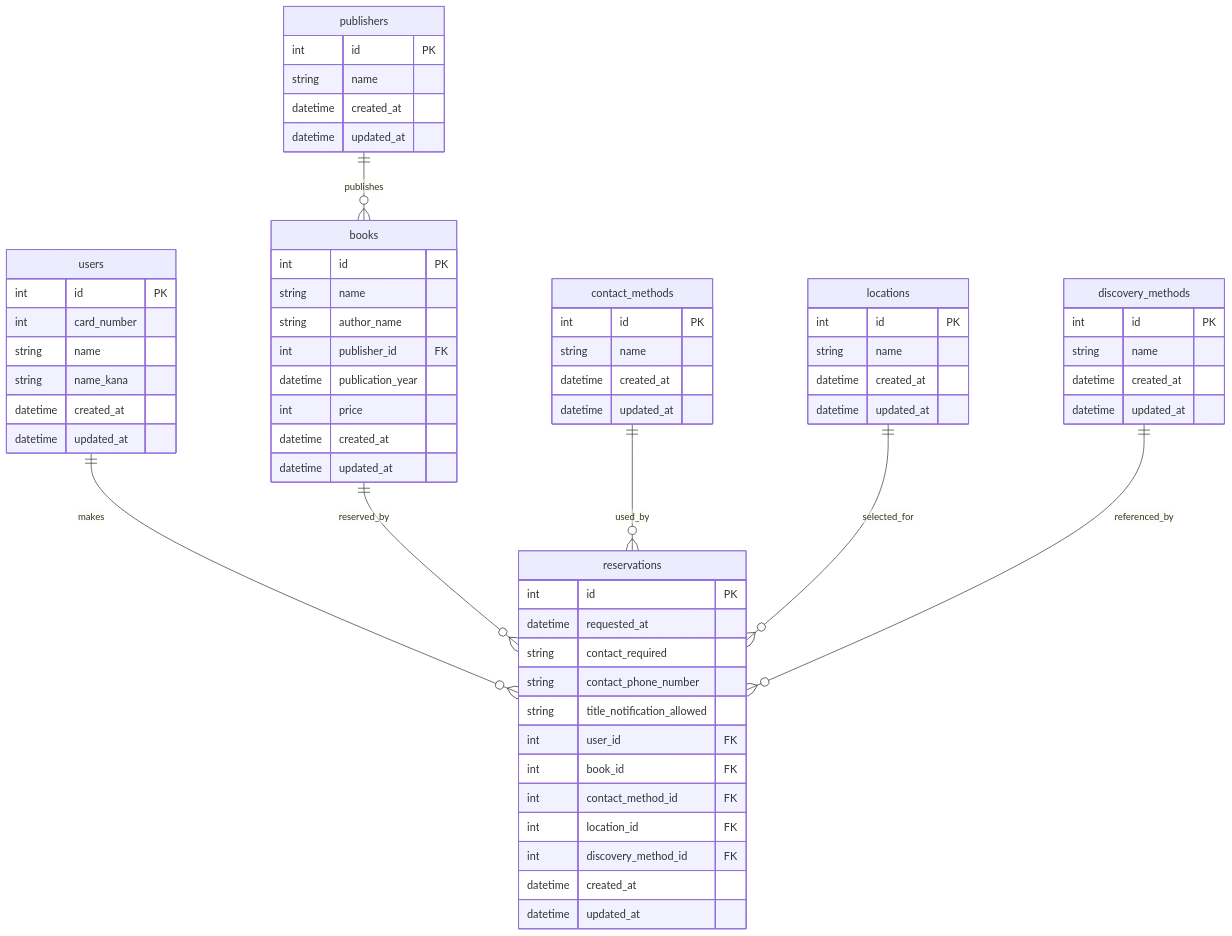
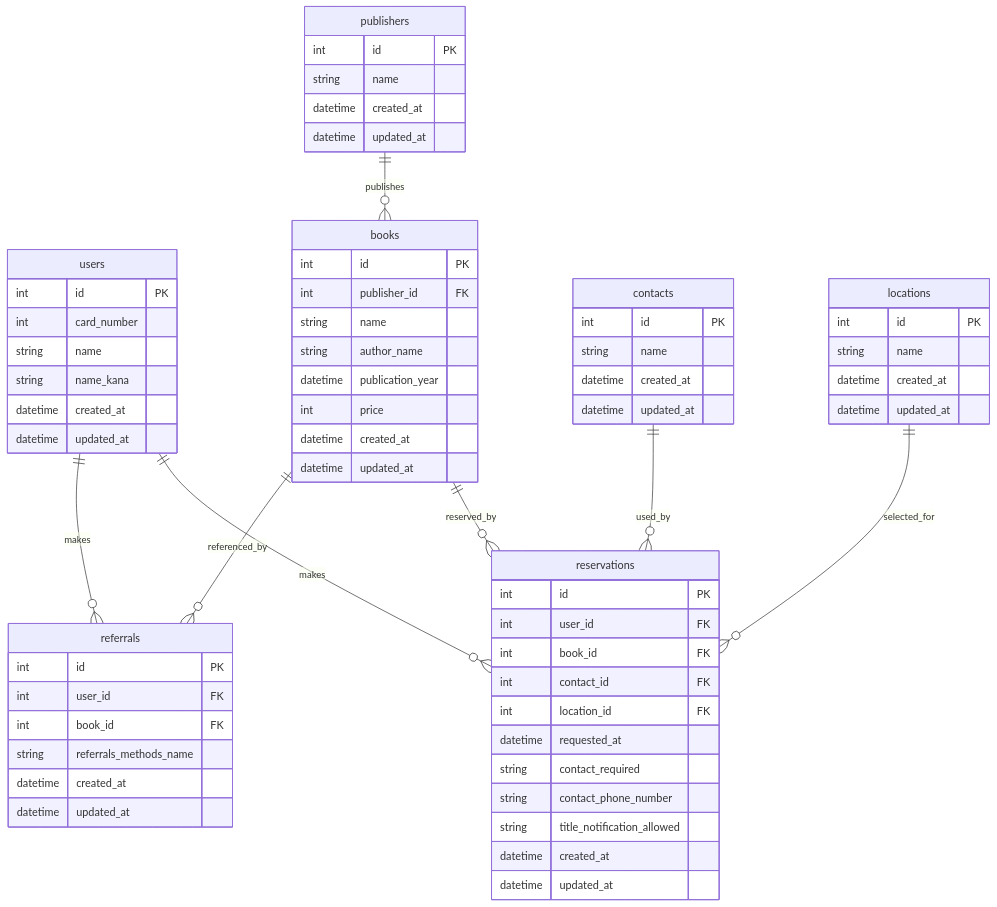
The diagram in lesson2/lesson2.md (mikuta001/ERD), drawn with Mermaid before and after one commit.

````diff
--- a/lesson2/lesson2.md
+++ b/lesson2/lesson2.md
@@ -1,74 +1,75 @@
 ```mermaid
 erDiagram
 
   reservations {
     int id PK
+    int user_id FK
+    int book_id FK
+    int contact_id FK
+    int location_id FK
     datetime requested_at
     string contact_required
     string contact_phone_number
     string title_notification_allowed
-    int user_id FK
-    int book_id FK
-    int contact_method_id FK
-    int location_id FK
-    int discovery_method_id FK
     datetime created_at
     datetime updated_at
   }
 
   users {
     int id PK
     int card_number
     string name
     string name_kana
     datetime created_at
     datetime updated_at
   }
 
   books {
     int id PK
+    int publisher_id FK
     string name
     string author_name
-    int publisher_id FK
     datetime publication_year
     int price
     datetime created_at
     datetime updated_at
   }
 
   publishers {
     int id PK
     string name
     datetime created_at
     datetime updated_at
   }
 
-  contact_methods {
+  contacts {
     int id PK
     string name
+    datetime created_at
+    datetime updated_at
+  }
+
+  referrals {
+    int id PK
+    int user_id FK
+    int book_id FK
+    string referrals_methods_name
     datetime created_at
     datetime updated_at
   }
 
   locations {
     int id PK
     string name
     datetime created_at
     datetime updated_at
   }
 
-
-  discovery_methods {
-    int id PK
-    string name
-    datetime created_at
-    datetime updated_at
-  }
-
   users ||--o{ reservations : makes
   books ||--o{ reservations : reserved_by
   publishers ||--o{ books : publishes
-  contact_methods ||--o{ reservations : used_by
+  contacts ||--o{ reservations : used_by
   locations ||--o{ reservations : selected_for
-  discovery_methods ||--o{ reservations : referenced_by
+  users ||--o{ referrals : makes
+  books ||--o{ referrals : referenced_by
 ```
````
